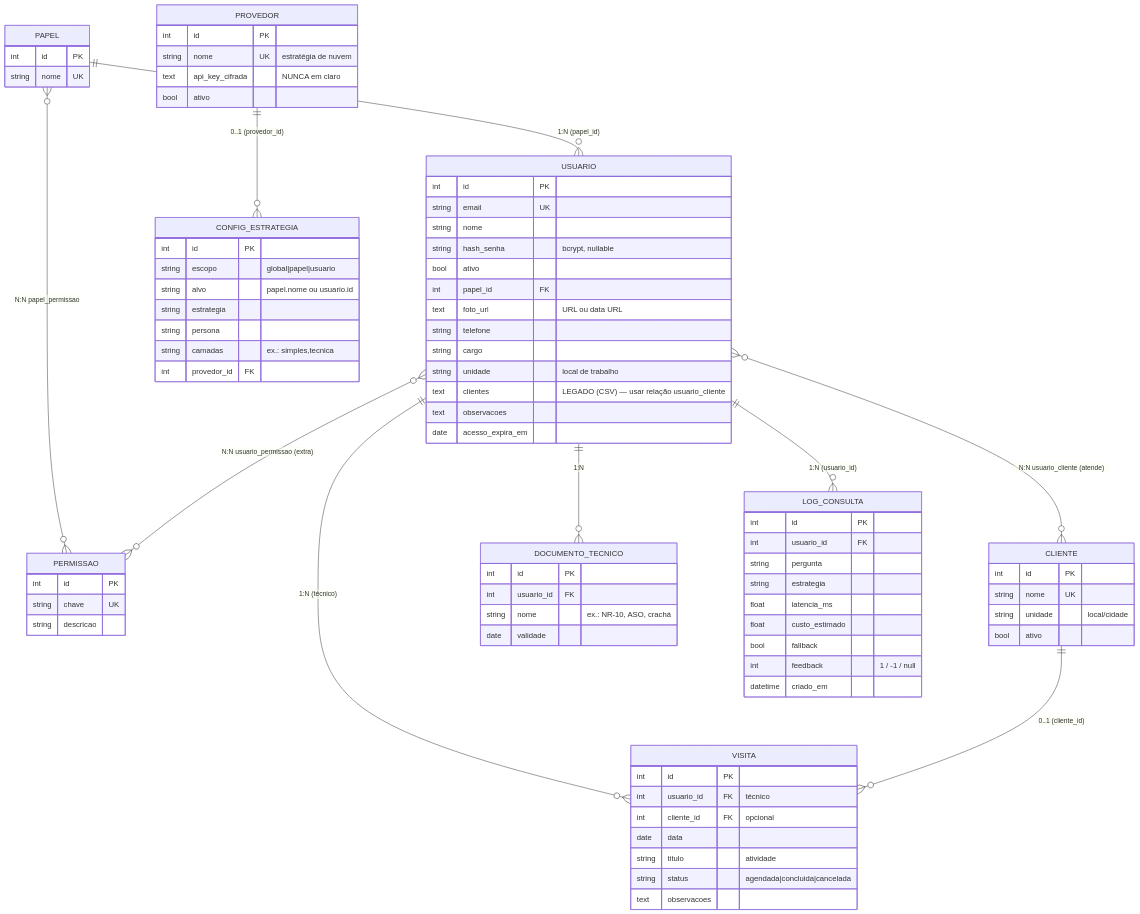
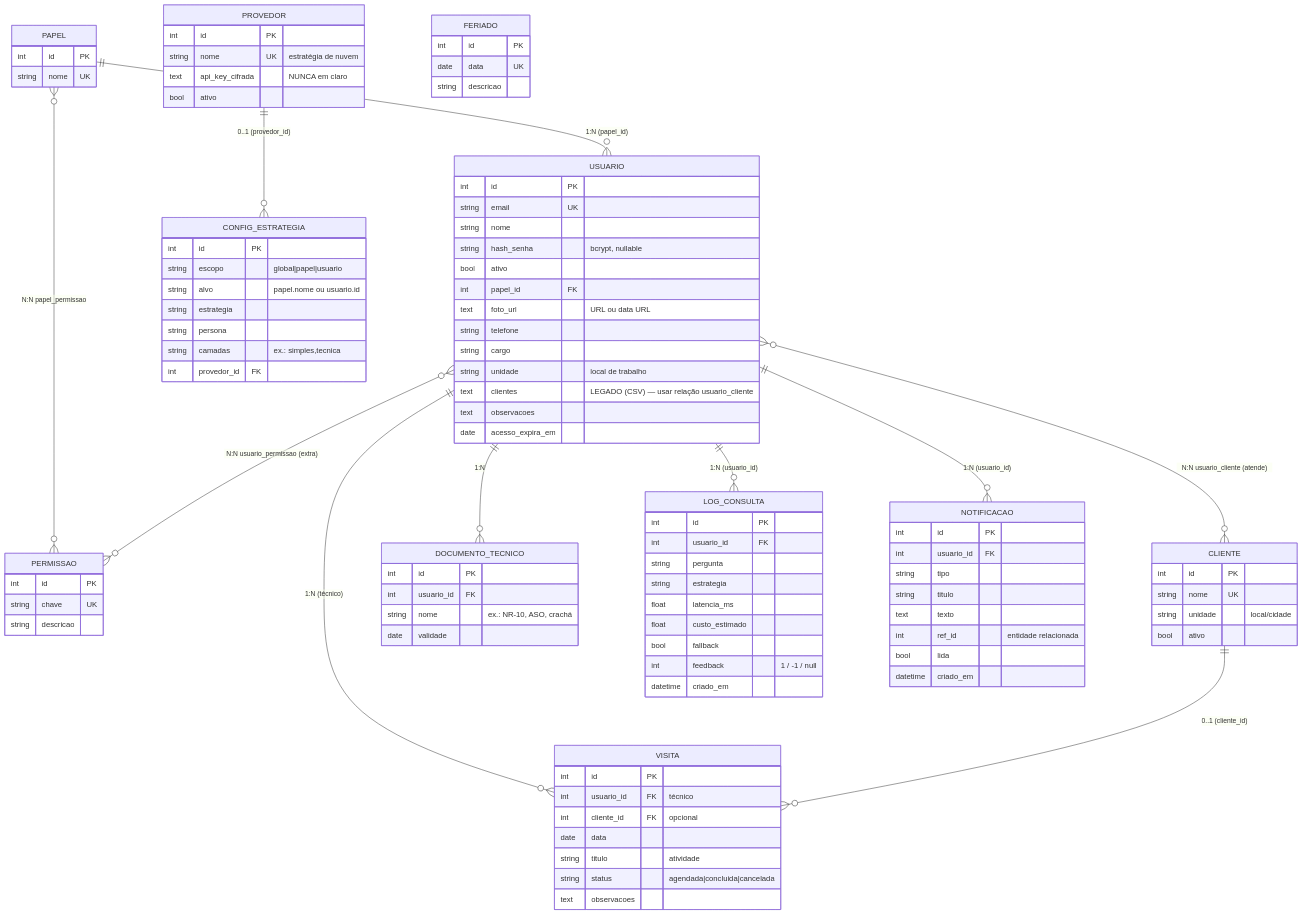
Before and after one commit to caiquemiranda/RAG-Simplex: the diagram in docs/MODELO_DADOS.md, drawn with Mermaid. The commit also changed other lines of this file and 18 other files, not shown here.

```diff
--- a/docs/MODELO_DADOS.md
+++ b/docs/MODELO_DADOS.md
@@ -17,6 +17,7 @@
   USUARIO ||--o{ LOG_CONSULTA : "1:N (usuario_id)"
   USUARIO ||--o{ VISITA : "1:N (técnico)"
   CLIENTE ||--o{ VISITA : "0..1 (cliente_id)"
+  USUARIO ||--o{ NOTIFICACAO : "1:N (usuario_id)"
   PROVEDOR ||--o{ CONFIG_ESTRATEGIA : "0..1 (provedor_id)"
 
   PAPEL {
@@ -58,6 +59,21 @@
     string status "agendada|concluida|cancelada"
     text observacoes
   }
+  FERIADO {
+    int id PK
+    date data UK
+    string descricao
+  }
+  NOTIFICACAO {
+    int id PK
+    int usuario_id FK
+    string tipo
+    string titulo
+    text texto
+    int ref_id "entidade relacionada"
+    bool lida
+    datetime criado_em
+  }
   DOCUMENTO_TECNICO {
     int id PK
     int usuario_id FK
```
